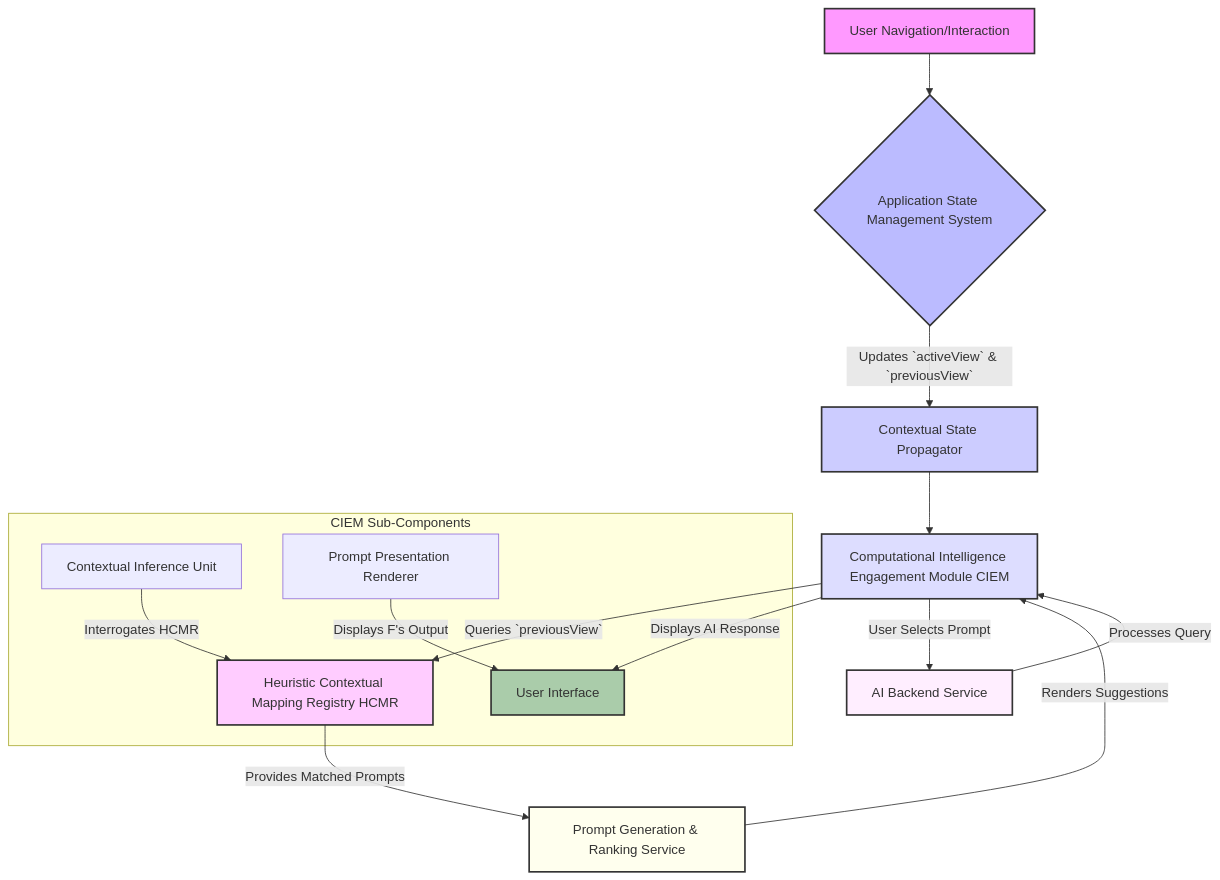
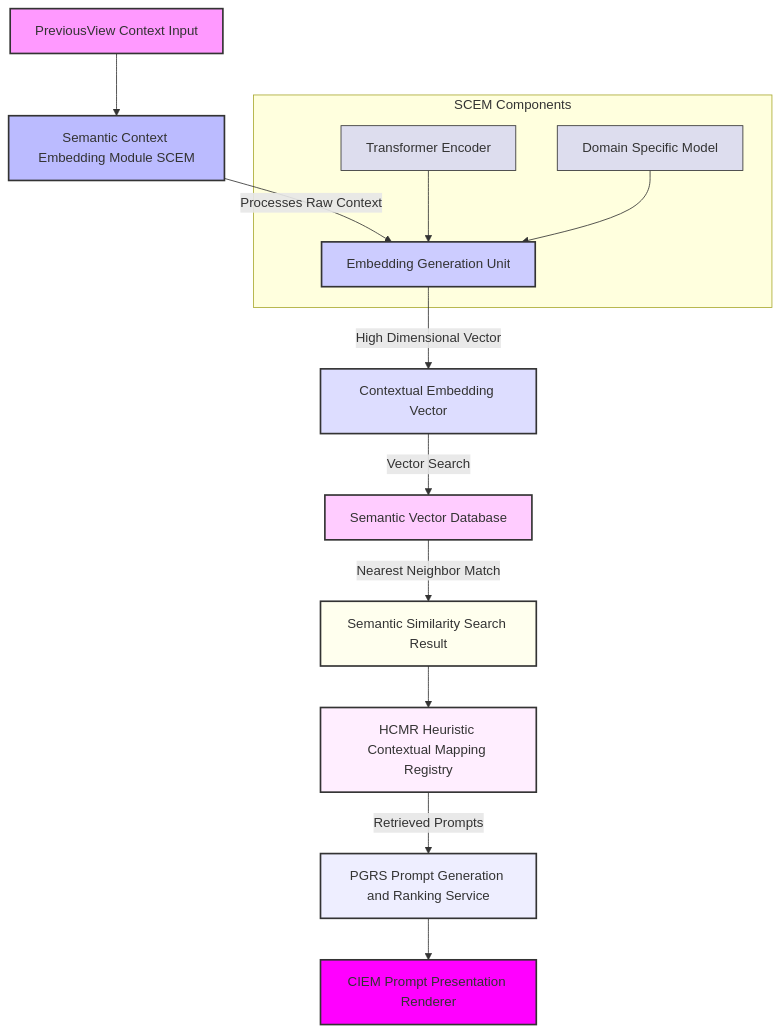
One commit to diplomat-bit/Citibank_Demo_Business_Inc_Demonstration- changed the fifth of 6 diagrams in inventions/002_ai_contextual_prompt_suggestion.md. Above: the diagram before and after it, drawn with Mermaid. The commit also changed other lines of this file, not shown here.

Commit message:
[AI] Edit: inventions/002_ai_contextual_prompt_suggestion.md

````diff
--- a/inventions/002_ai_contextual_prompt_suggestion.md
+++ b/inventions/002_ai_contextual_prompt_suggestion.md
@@ -33,26 +313,28 @@
 ```mermaid
 graph TD
-    A[User Navigation/Interaction] --> B{Application State Management System}
-    B -- Updates `activeView` & `previousView` --> C[Contextual State Propagator]
-    C --> D[Computational Intelligence Engagement Module CIEM]
-    D -- Queries `previousView` --> E[Heuristic Contextual Mapping Registry HCMR]
-    E -- Provides Matched Prompts --> F[Prompt Generation & Ranking Service]
-    F -- Renders Suggestions --> D
-    D -- User Selects Prompt --> G[AI Backend Service]
-    G -- Processes Query --> D
-    D -- Displays AI Response --> U[User Interface]
+    A[PreviousView Context Input] --> B[Semantic Context Embedding Module SCEM]
+    B -- Processes Raw Context --> C[Embedding Generation Unit]
+    C -- High Dimensional Vector --> D[Contextual Embedding Vector]
+    D -- Vector Search --> E[Semantic Vector Database]
+    E -- Nearest Neighbor Match --> F[Semantic Similarity Search Result]
+    F --> G[HCMR Heuristic Contextual Mapping Registry]
+    G -- Retrieved Prompts --> H[PGRS Prompt Generation and Ranking Service]
+    H --> I[CIEM Prompt Presentation Renderer]
 
-    subgraph CIEM Sub-Components
-        D1[Contextual Inference Unit] -- Interrogates HCMR --> E
-        D2[Prompt Presentation Renderer] -- Displays F's Output --> U
+    subgraph SCEM Components
+        C1[Transformer Encoder] --> C
+        C2[Domain Specific Model] --> C
     end
 
     style A fill:#f9f,stroke:#333,stroke-width:2px
     style B fill:#bbf,stroke:#333,stroke-width:2px
     style C fill:#ccf,stroke:#333,stroke-width:2px
     style D fill:#ddf,stroke:#333,stroke-width:2px
     style E fill:#fcf,stroke:#333,stroke-width:2px
     style F fill:#ffe,stroke:#333,stroke-width:2px
     style G fill:#fef,stroke:#333,stroke-width:2px
-    style U fill:#aca,stroke:#333,stroke-width:2px
+    style H fill:#eef,stroke:#333,stroke-width:2px
+    style I fill:#f0f,stroke:#333,stroke-width:2px
+    style C1 fill:#dde,stroke:#333,stroke-width:1px
+    style C2 fill:#dde,stroke:#333,stroke-width:1px
 ```
````
